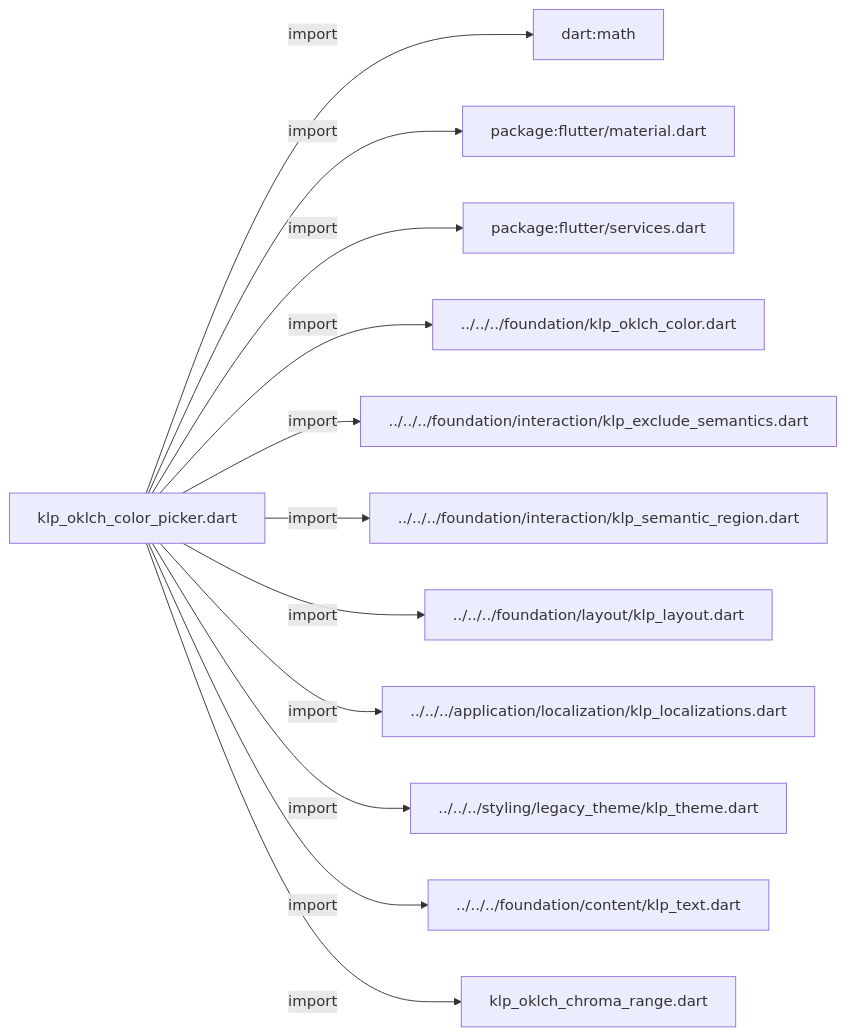
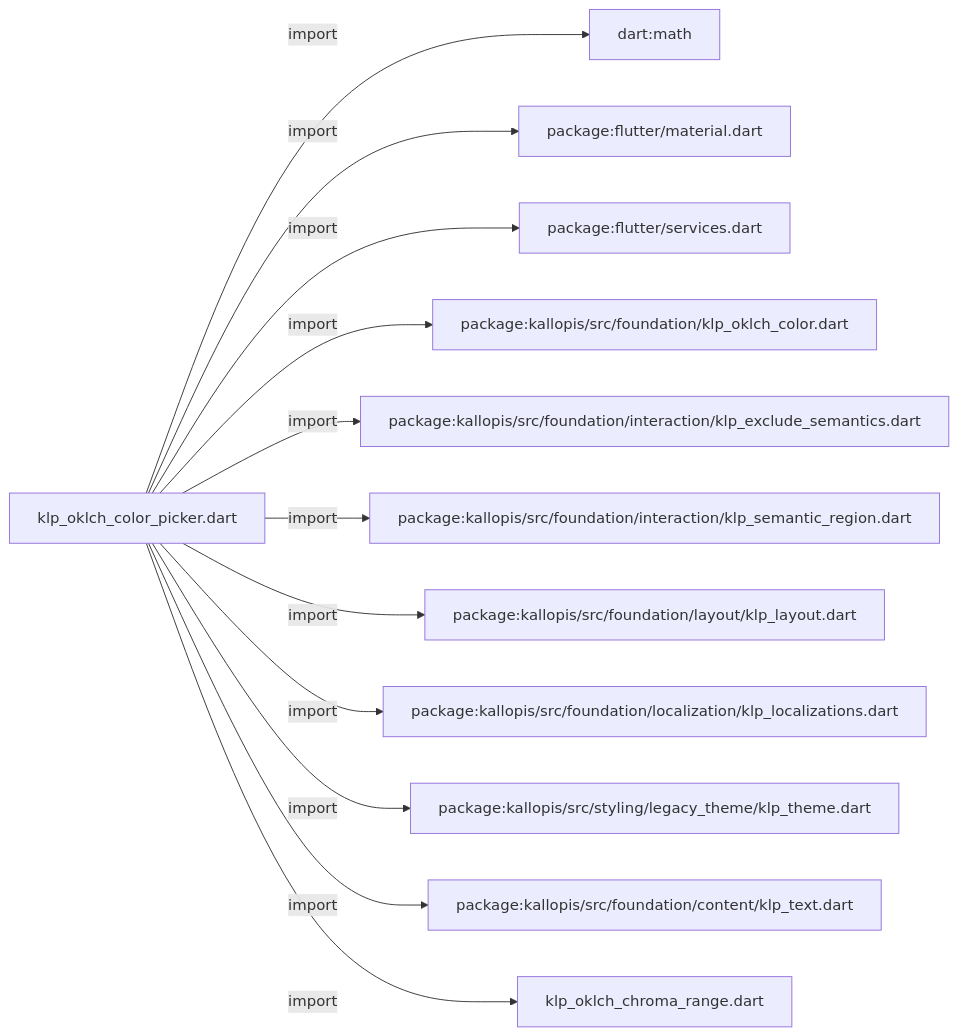
Before and after one commit to MiuDog/Kallopis: the first of 3 diagrams in docs/architecture/src/features/forms/color/klp_oklch_color_picker.md, drawn with Mermaid. The commit also changed other lines of this file and 9688 other files, not shown here.

Commit message:
Prepare isolated Flow F2 peer baseline

````diff
--- a/docs/architecture/src/features/forms/color/klp_oklch_color_picker.md
+++ b/docs/architecture/src/features/forms/color/klp_oklch_color_picker.md
@@ -11,26 +11,26 @@
 ```mermaid
 flowchart LR
 	n0["klp_oklch_color_picker.dart"]
 	n1["dart:math"]
 	n2["package:flutter/material.dart"]
 	n3["package:flutter/services.dart"]
-	n4["../../../foundation/klp_oklch_color.dart"]
-	n5["../../../foundation/interaction/klp_exclude_semantics.dart"]
-	n6["../../../foundation/interaction/klp_semantic_region.dart"]
-	n7["../../../foundation/layout/klp_layout.dart"]
-	n8["../../../application/localization/klp_localizations.dart"]
-	n9["../../../styling/legacy_theme/klp_theme.dart"]
-	n10["../../../foundation/content/klp_text.dart"]
+	n4["package:kallopis/src/foundation/klp_oklch_color.dart"]
+	n5["package:kallopis/src/foundation/interaction/klp_exclude_semantics.dart"]
+	n6["package:kallopis/src/foundation/interaction/klp_semantic_region.dart"]
+	n7["package:kallopis/src/foundation/layout/klp_layout.dart"]
+	n8["package:kallopis/src/foundation/localization/klp_localizations.dart"]
+	n9["package:kallopis/src/styling/legacy_theme/klp_theme.dart"]
+	n10["package:kallopis/src/foundation/content/klp_text.dart"]
 	n11["klp_oklch_chroma_range.dart"]
 	n0 -->|"import"| n1
 	n0 -->|"import"| n2
 	n0 -->|"import"| n3
 	n0 -->|"import"| n4
 	n0 -->|"import"| n5
 	n0 -->|"import"| n6
 	n0 -->|"import"| n7
 	n0 -->|"import"| n8
 	n0 -->|"import"| n9
 	n0 -->|"import"| n10
 	n0 -->|"import"| n11
 ```
````
